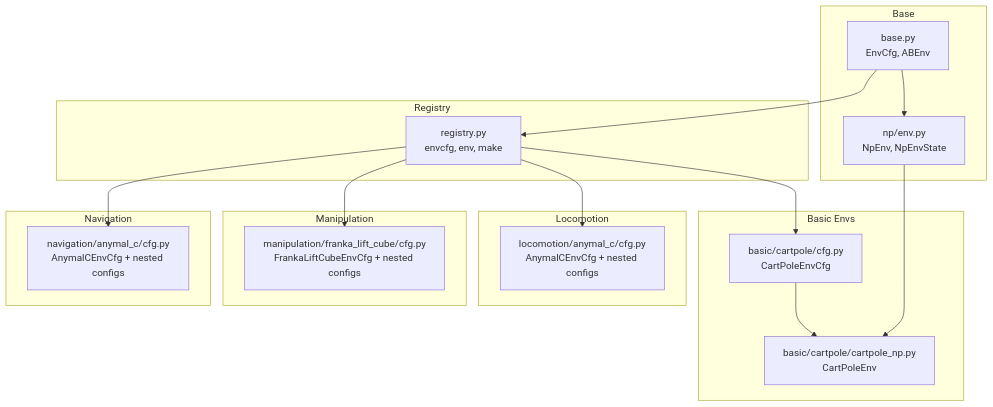
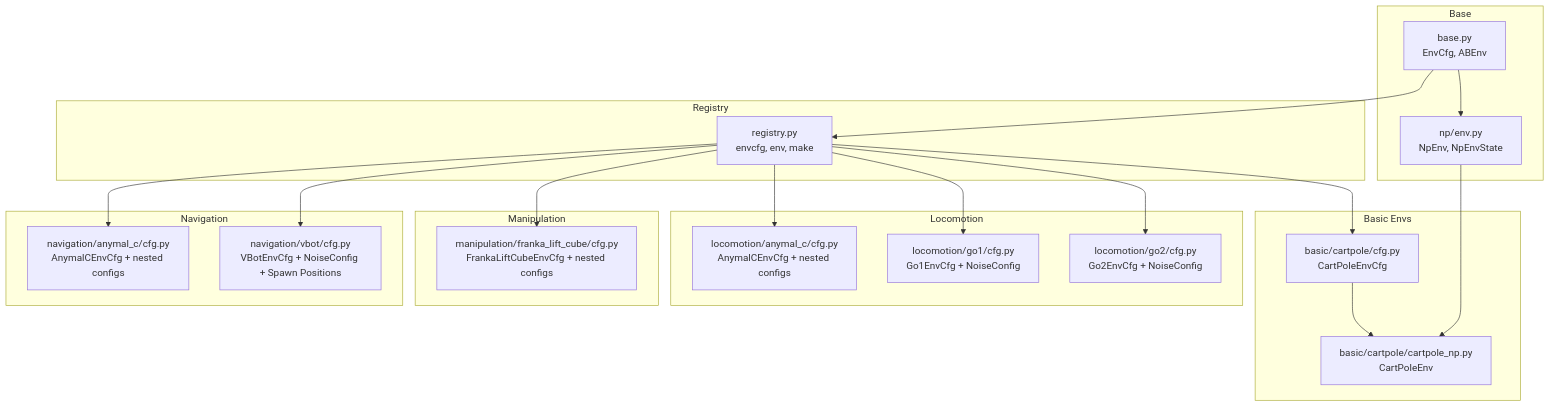
The first of 7 diagrams in .qoder/repowiki/en/content/Environment System/Configuration Management.md (jayjayhust/MotrixLab), drawn with Mermaid before and after one commit. The commit also changed other lines of this file and 15 other files, not shown here.

````diff
--- a/.qoder/repowiki/en/content/Environment System/Configuration Management.md
+++ b/.qoder/repowiki/en/content/Environment System/Configuration Management.md
@@ -34,31 +46,37 @@
 ```mermaid
 graph TB
 subgraph "Base"
 B1["base.py<br/>EnvCfg, ABEnv"]
 NP1["np/env.py<br/>NpEnv, NpEnvState"]
 end
 subgraph "Registry"
 R1["registry.py<br/>envcfg, env, make"]
 end
 subgraph "Basic Envs"
 C1["basic/cartpole/cfg.py<br/>CartPoleEnvCfg"]
 C2["basic/cartpole/cartpole_np.py<br/>CartPoleEnv"]
 end
 subgraph "Locomotion"
 L1["locomotion/anymal_c/cfg.py<br/>AnymalCEnvCfg + nested configs"]
+L2["locomotion/go1/cfg.py<br/>Go1EnvCfg + NoiseConfig"]
+L3["locomotion/go2/cfg.py<br/>Go2EnvCfg + NoiseConfig"]
 end
 subgraph "Manipulation"
 M1["manipulation/franka_lift_cube/cfg.py<br/>FrankaLiftCubeEnvCfg + nested configs"]
 end
 subgraph "Navigation"
 N1["navigation/anymal_c/cfg.py<br/>AnymalCEnvCfg + nested configs"]
+N2["navigation/vbot/cfg.py<br/>VBotEnvCfg + NoiseConfig + Spawn Positions"]
 end
 B1 --> R1
 R1 --> C1
 R1 --> L1
+R1 --> L2
+R1 --> L3
 R1 --> M1
 R1 --> N1
+R1 --> N2
 C1 --> C2
 B1 --> NP1
 NP1 --> C2
 ```
````
